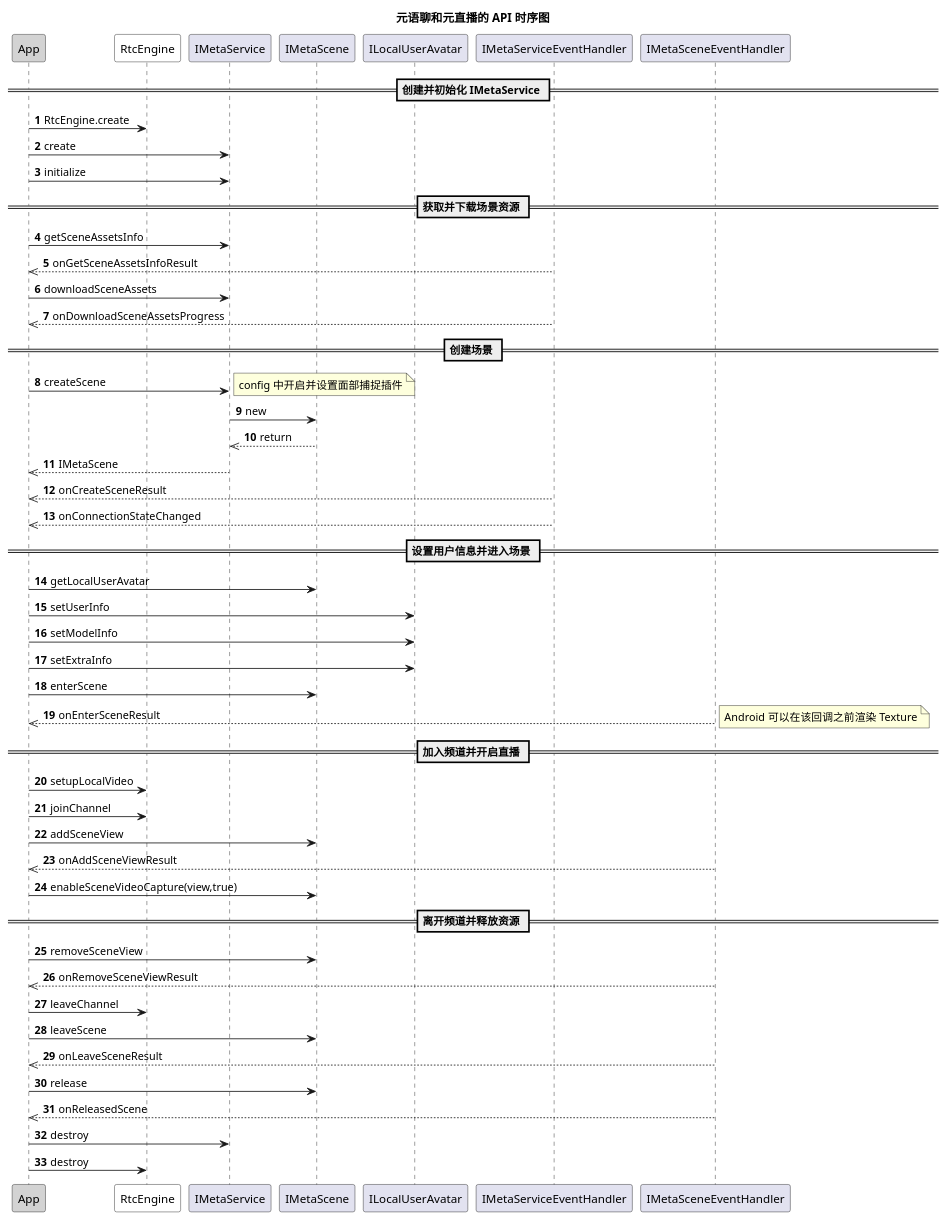
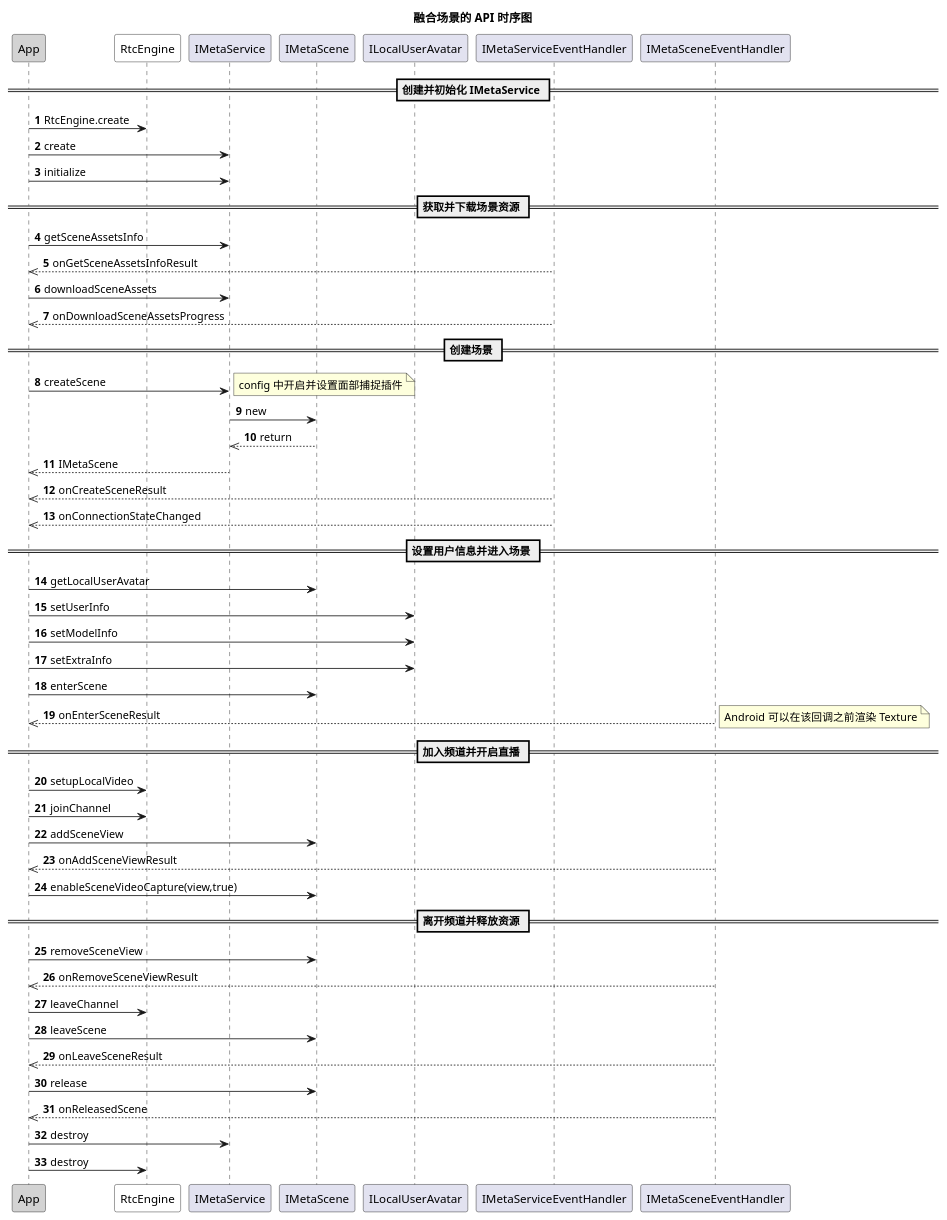
Before and after one commit to AgoraIO/agora_doc_source: the diagram in markdown/metaworld/pic/android_mixed_api.wsd, drawn with PlantUML. The commit also changed 3 other files, not shown here.

```diff
--- a/markdown/metaworld/pic/android_mixed_api.wsd
+++ b/markdown/metaworld/pic/android_mixed_api.wsd
@@ -1,56 +1,56 @@
 @startuml
 autonumber
-title 元语聊和元直播的 API 时序图
+title 融合场景的 API 时序图
 participant "App" as app #LightGrey
 participant "RtcEngine" as rtc #White
 participant "IMetaService" as service
 participant "IMetaScene" as scene
 participant "ILocalUserAvatar" as avatar
 participant "IMetaServiceEventHandler" as serviceevent
 participant "IMetaSceneEventHandler" as sceneevent
 == 创建并初始化 IMetaService ==
 app -> rtc: RtcEngine.create
 app -> service: create
 app -> service: initialize
 == 获取并下载场景资源 ==
 app -> service: getSceneAssetsInfo
 serviceevent -->> app: onGetSceneAssetsInfoResult
 app -> service: downloadSceneAssets
 serviceevent -->> app: onDownloadSceneAssetsProgress
 == 创建场景 ==
 app -> service: createScene
 note right
 config 中开启并设置面部捕捉插件
 end note
 service -> scene: new
 scene -->> service: return
 service -->> app: IMetaScene
 serviceevent -->> app: onCreateSceneResult
 serviceevent -->> app: onConnectionStateChanged
 == 设置用户信息并进入场景 ==
 app -> scene: getLocalUserAvatar
 app -> avatar: setUserInfo
 app -> avatar: setModelInfo
 app -> avatar: setExtraInfo
 app -> scene: enterScene
 sceneevent -->> app: onEnterSceneResult
 note right
 Android 可以在该回调之前渲染 Texture
 end note
 == 加入频道并开启直播 ==
 app -> rtc: setupLocalVideo
 app -> rtc: joinChannel
 app -> scene: addSceneView
 sceneevent -->> app: onAddSceneViewResult
 app -> scene: enableSceneVideoCapture(view,true)
 == 离开频道并释放资源 ==
 app -> scene: removeSceneView
 sceneevent -->> app: onRemoveSceneViewResult
 app -> rtc: leaveChannel
 app -> scene: leaveScene
 sceneevent -->> app: onLeaveSceneResult
 app -> scene: release
 sceneevent -->> app: onReleasedScene
 app -> service: destroy
 app -> rtc: destroy
 @enduml
```
